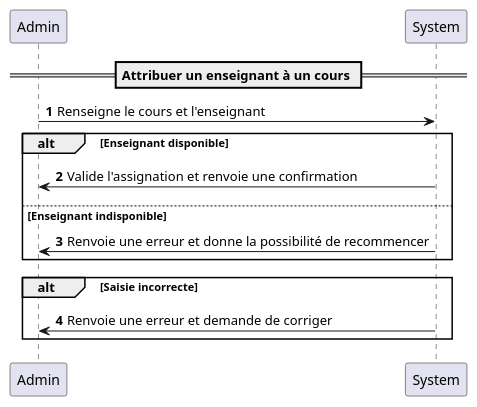
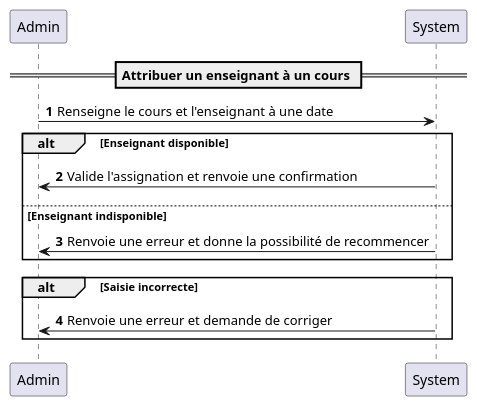
Before and after one commit to KMorere/school_uml: the diagram in DiagSeq-AssignerEnseignant.puml, drawn with PlantUML. The commit also changed 1 other file, not shown here.

```diff
--- a/DiagSeq-AssignerEnseignant.puml
+++ b/DiagSeq-AssignerEnseignant.puml
@@ -1,22 +1,22 @@
 @startuml
 'https://plantuml.com/sequence-diagram
 
 autonumber
 
 !pragma teoz true
 !pragma sequenceMessageSpan true
 
 == Attribuer un enseignant à un cours ==
 
-Admin -> System: Renseigne le cours et l'enseignant
+Admin -> System: Renseigne le cours et l'enseignant à une date
 alt Enseignant disponible
     System -> Admin: Valide l'assignation et renvoie une confirmation
 else Enseignant indisponible
     System -> Admin: Renvoie une erreur et donne la possibilité de recommencer
 end
 
 alt Saisie incorrecte
     System -> Admin : Renvoie une erreur et demande de corriger
 end
 
 @enduml
```
